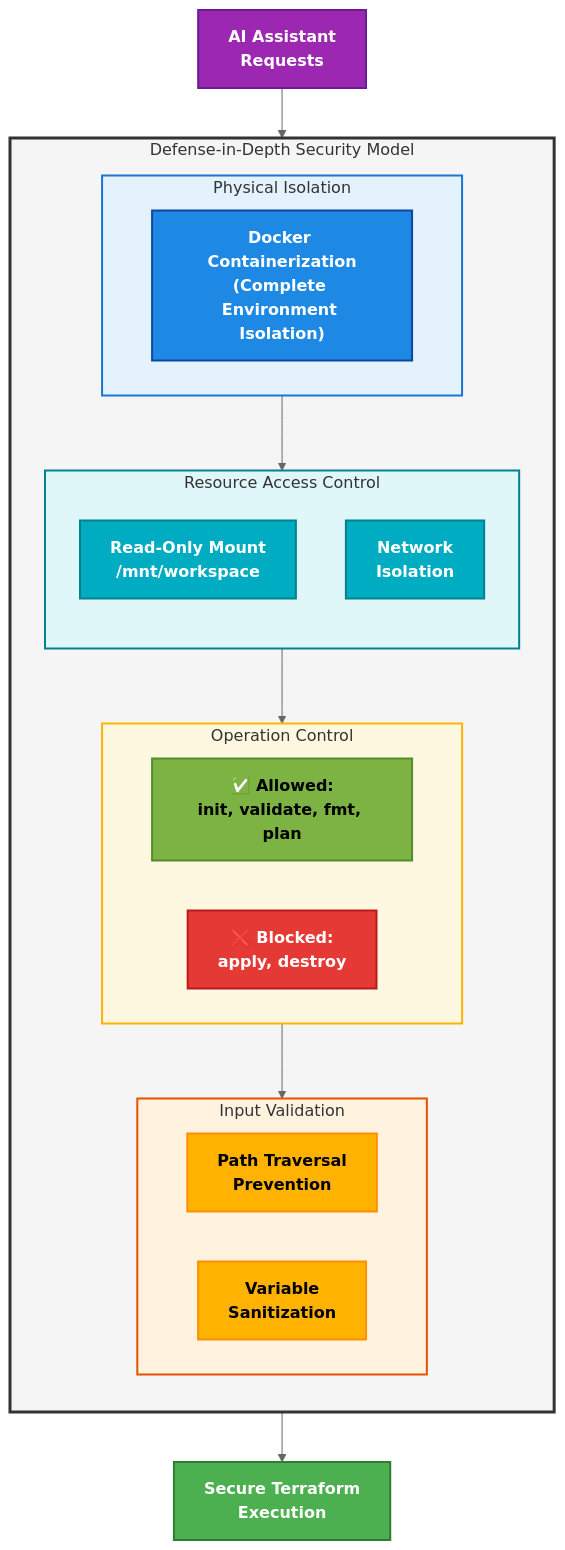
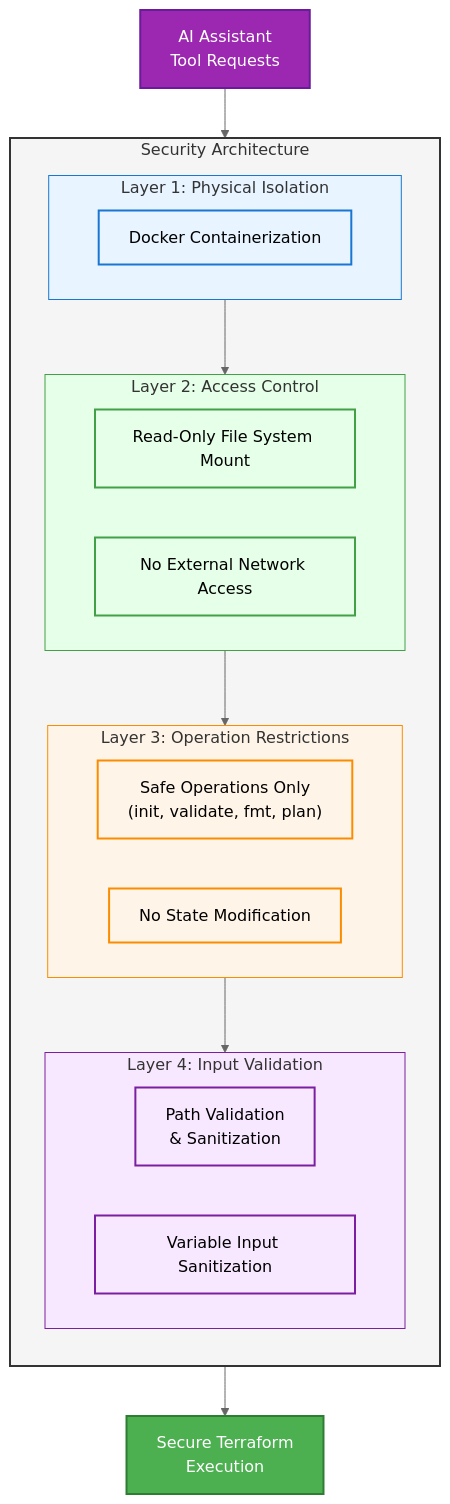
One commit to aj-geddes/terry-form-mcp changed the third of 3 diagrams in README.md. Above: the diagram before and after it, drawn with Mermaid (neutral theme). The commit also changed other lines of this file, not shown here.

Commit message:
Update README.md build and usage examples to match consolidated codebase

````diff
--- a/README.md
+++ b/README.md
@@ -809,58 +813,62 @@
 ```mermaid
 flowchart TB
-    %% Define external entities
-    Input["AI Assistant\nRequests"]:::input
-    Output["Secure Terraform\nExecution"]:::output
+    %% Define external nodes
+    Requests["AI Assistant\nTool Requests"]:::external
+    Execution["Secure Terraform\nExecution"]:::execution
     
-    %% Defense layers as concentric shields
-    subgraph Shield["Defense-in-Depth Security Model"]
+    %% Security Layers Group
+    subgraph SecurityLayers["Security Architecture"]
         direction TB
         
-        subgraph Shield1["Physical Isolation"]
-            ContainerShield["Docker Containerization\n(Complete Environment Isolation)"]:::container
+        %% Layer 1
+        subgraph L1["Layer 1: Physical Isolation"]
+            direction LR
+            Docker["Docker Containerization"]:::layer1
         end
         
-        subgraph Shield2["Resource Access Control"]
-            direction TB
-            FileSystem["Read-Only Mount\n/mnt/workspace"]:::filesystem
-            Network["Network\nIsolation"]:::network
+        %% Layer 2
+        subgraph L2["Layer 2: Access Control"]
+            direction LR
+            ReadOnly["Read-Only File System Mount"]:::layer2
+            NoNetwork["No External Network Access"]:::layer2
         end
         
-        subgraph Shield3["Operation Control"]
+        %% Layer 3
+        subgraph L3["Layer 3: Operation Restrictions"]
             direction LR
-            AllowOps["✅ Allowed:\ninit, validate, fmt, plan"]:::allowed
-            BlockOps["❌ Blocked:\napply, destroy"]:::blocked
+            SafeOpsOnly["Safe Operations Only\n(init, validate, fmt, plan)"]:::layer3
+            NoStateModification["No State Modification"]:::layer3
         end
         
-        subgraph Shield4["Input Validation"]
+        %% Layer 4
+        subgraph L4["Layer 4: Input Validation"]
             direction LR
-            PathCheck["Path Traversal\nPrevention"]:::validation
-            VarCheck["Variable\nSanitization"]:::validation
+            PathValidation["Path Validation\n& Sanitization"]:::layer4
+            VariableSanitization["Variable Input Sanitization"]:::layer4
         end
+        
+        %% Define internal connections
+        L1 --> L2
+        L2 --> L3
+        L3 --> L4
     end
     
-    %% Flow connections
-    Input --> Shield1
-    Shield1 --> Shield2
-    Shield2 --> Shield3
-    Shield3 --> Shield4
-    Shield4 --> Output
+    %% Define external connections
+    Requests --> SecurityLayers
+    SecurityLayers --> Execution
     
-    %% Apply consistent styling with enhanced readability
-    classDef input fill:#9C27B0,stroke:#6A1B9A,color:#FFFFFF,stroke-width:2px,font-weight:bold
-    classDef output fill:#4CAF50,stroke:#2E7D32,color:#FFFFFF,stroke-width:2px,font-weight:bold
+    %% Define styles
+    classDef external fill:#9C27B0,stroke:#6A1B9A,color:#FFFFFF,stroke-width:2px
+    classDef execution fill:#4CAF50,stroke:#2E7D32,color:#FFFFFF,stroke-width:2px
+    classDef layer1 fill:#E8F4FF,stroke:#1976D2,stroke-width:2px
+    classDef layer2 fill:#E5FFE8,stroke:#43A047,stroke-width:2px
+    classDef layer3 fill:#FFF4E8,stroke:#FB8C00,stroke-width:2px
+    classDef layer4 fill:#F8E8FF,stroke:#7B1FA2,stroke-width:2px
     
-    classDef container fill:#1E88E5,stroke:#0D47A1,color:#FFFFFF,stroke-width:2px,font-weight:bold
-    classDef filesystem fill:#00ACC1,stroke:#00838F,color:#FFFFFF,stroke-width:2px,font-weight:bold
-    classDef network fill:#00ACC1,stroke:#00838F,color:#FFFFFF,stroke-width:2px,font-weight:bold
-    classDef allowed fill:#7CB342,stroke:#558B2F,color:#000000,stroke-width:2px,font-weight:bold
-    classDef blocked fill:#E53935,stroke:#B71C1C,color:#FFFFFF,stroke-width:2px,font-weight:bold
-    classDef validation fill:#FFB300,stroke:#FF8F00,color:#000000,stroke-width:2px,font-weight:bold
-    
-    %% Shield styling - progressively lighter colors from outside to inside
-    style Shield fill:#F5F5F5,stroke:#333333,stroke-width:3px
-    style Shield1 fill:#E3F2FD,stroke:#1976D2,stroke-width:2px
-    style Shield2 fill:#E0F7FA,stroke:#00838F,stroke-width:2px
-    style Shield3 fill:#FFF8E1,stroke:#FFB300,stroke-width:2px
-    style Shield4 fill:#FFF3E0,stroke:#E65100,stroke-width:2px
+    %% Group styles
+    style SecurityLayers fill:#F5F5F5,stroke:#333333,stroke-width:2px
+    style L1 fill:#E8F4FF,stroke:#1976D2,stroke-width:1px
+    style L2 fill:#E5FFE8,stroke:#43A047,stroke-width:1px
+    style L3 fill:#FFF4E8,stroke:#FB8C00,stroke-width:1px
+    style L4 fill:#F8E8FF,stroke:#7B1FA2,stroke-width:1px
 ```
````
